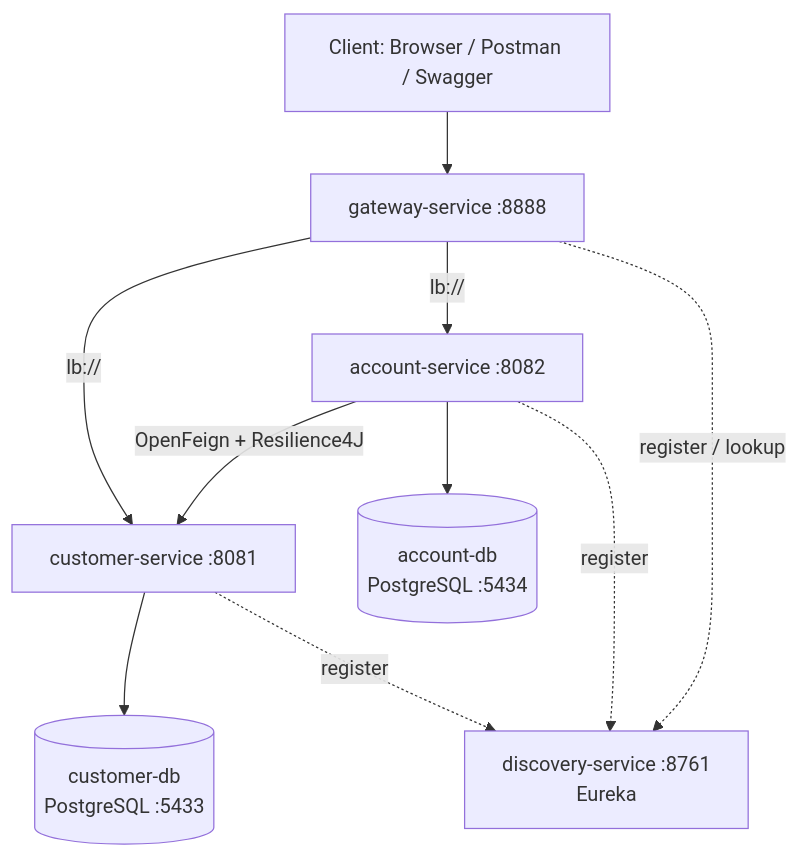
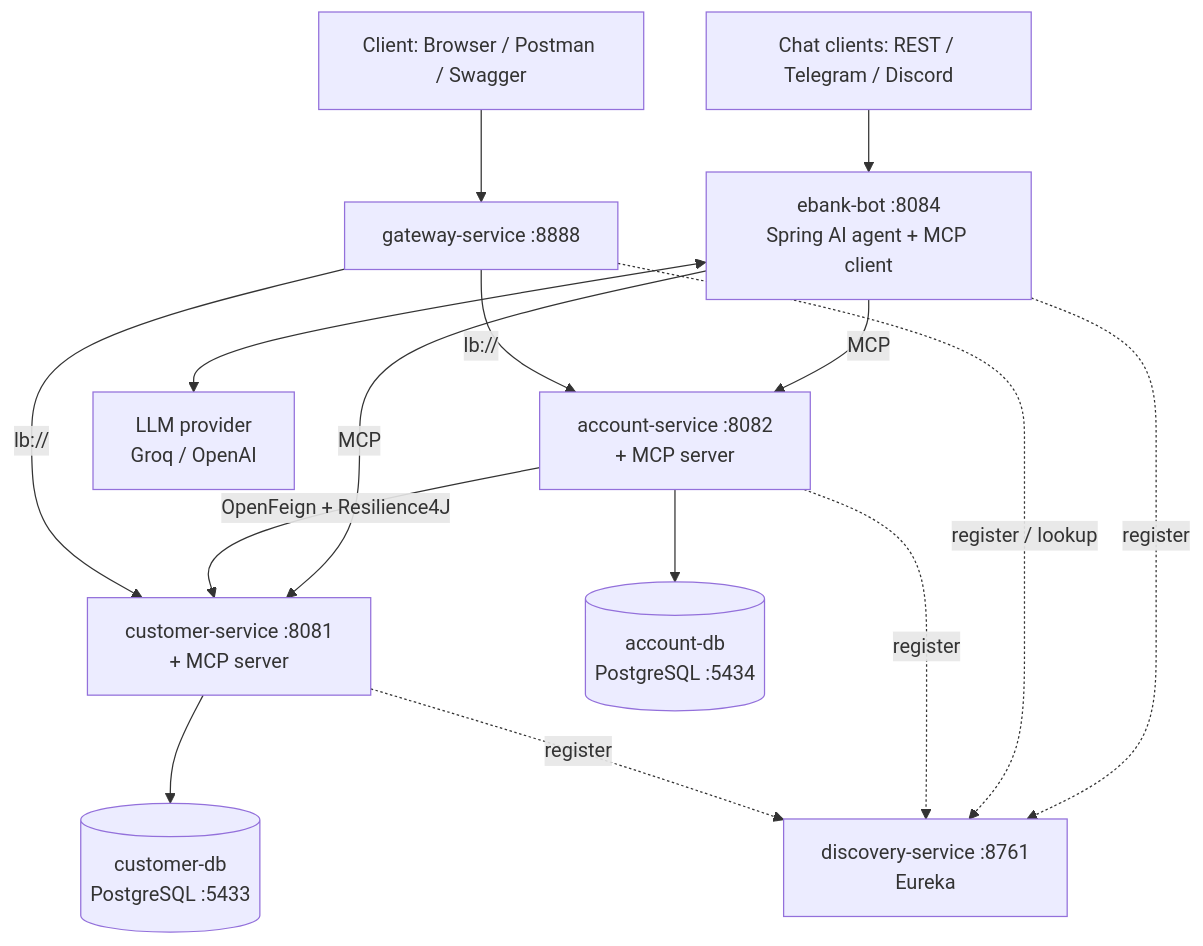
One commit to ELHAIDYousef/distributed-banking-system-spring-cloud-ai changed the diagram in README.md. Above: the diagram before and after it, drawn with Mermaid. The commit also changed other lines of this file and 2 other files, not shown here.

First line of the commit message:
docs: document AI agent and MCP integration

````diff
--- a/README.md
+++ b/README.md
@@ -7,20 +7,28 @@
 ```mermaid
 flowchart TB
     client[Client: Browser / Postman / Swagger]
+    chat[Chat clients: REST / Telegram / Discord]
     gateway[gateway-service :8888]
     discovery[discovery-service :8761<br/>Eureka]
-    customer[customer-service :8081]
-    account[account-service :8082]
+    customer[customer-service :8081<br/>+ MCP server]
+    account[account-service :8082<br/>+ MCP server]
+    bot[ebank-bot :8084<br/>Spring AI agent + MCP client]
+    llm[LLM provider<br/>Groq / OpenAI]
     cdb[(customer-db<br/>PostgreSQL :5433)]
     adb[(account-db<br/>PostgreSQL :5434)]
 
     client --> gateway
     gateway -- lb:// --> customer
     gateway -- lb:// --> account
     account -- OpenFeign + Resilience4J --> customer
+    chat --> bot
+    bot <--> llm
+    bot -- MCP --> customer
+    bot -- MCP --> account
     customer --> cdb
     account --> adb
     customer -. register .-> discovery
     account -. register .-> discovery
     gateway -. register / lookup .-> discovery
+    bot -. register .-> discovery
 ```
````
